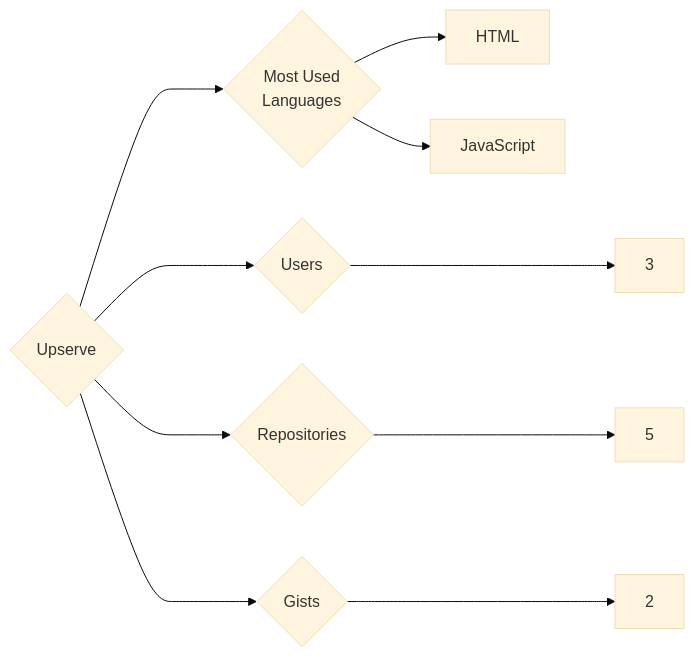
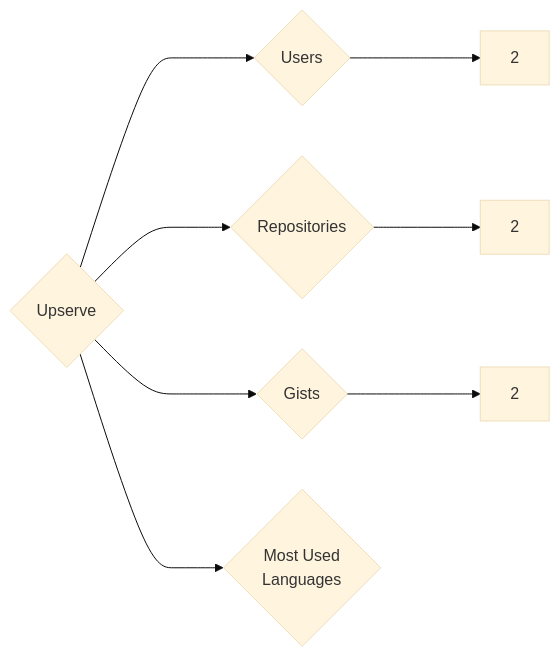
Before and after one commit to trickest/insiders: the diagram in targets/Upserve/README.md, drawn with Mermaid (base theme). The commit also changed 787 other files, not shown here.

````diff
--- a/targets/Upserve/README.md
+++ b/targets/Upserve/README.md
@@ -3,10 +3,8 @@
 ```mermaid
 graph LR
 COMPANY_NAME{Upserve}
-COMPANY_NAME ---> U{Users} ---> UN[3]
-COMPANY_NAME ---> R{Repositories} ---> RN[5]
+COMPANY_NAME ---> U{Users} ---> UN[2]
+COMPANY_NAME ---> R{Repositories} ---> RN[2]
 COMPANY_NAME ---> G{Gists} ---> GN[2]
 COMPANY_NAME ---> ML{Most Used<br>Languages}
-ML --> HTML[HTML]
-ML --> JavaScript[JavaScript]
 ```
````
